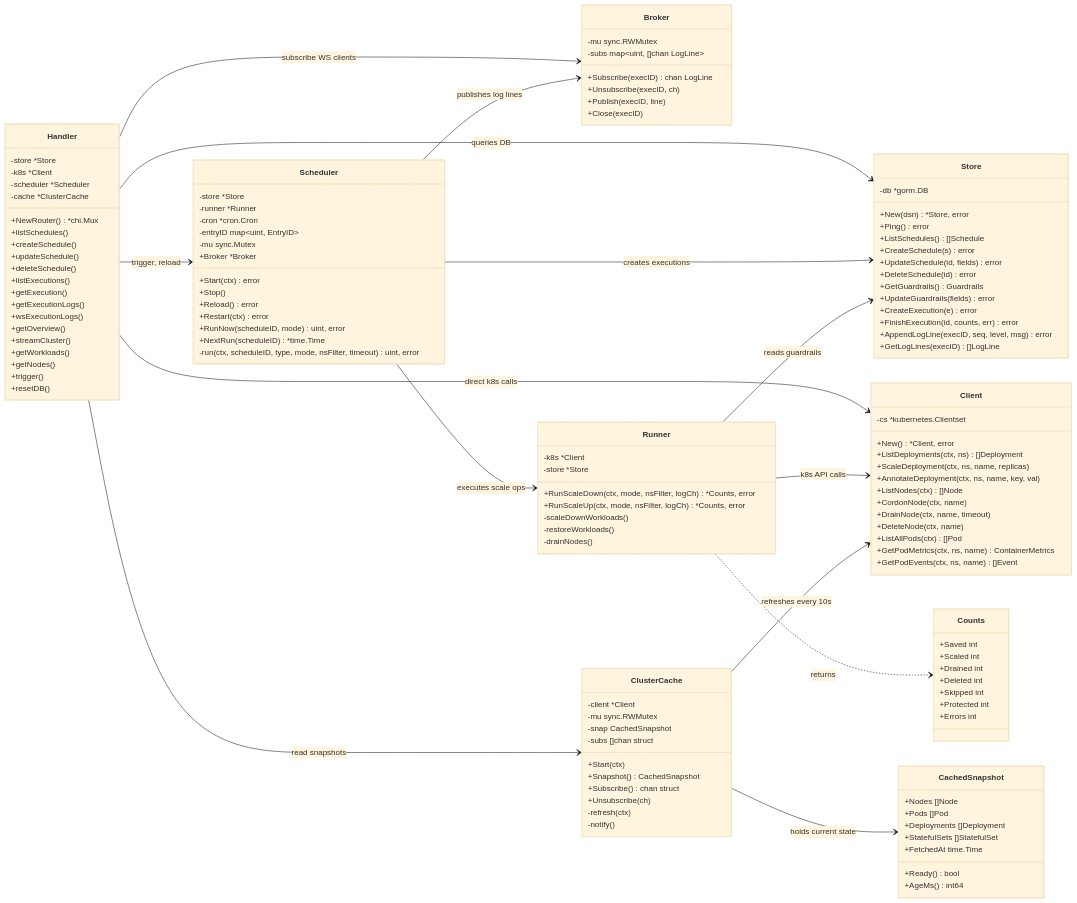
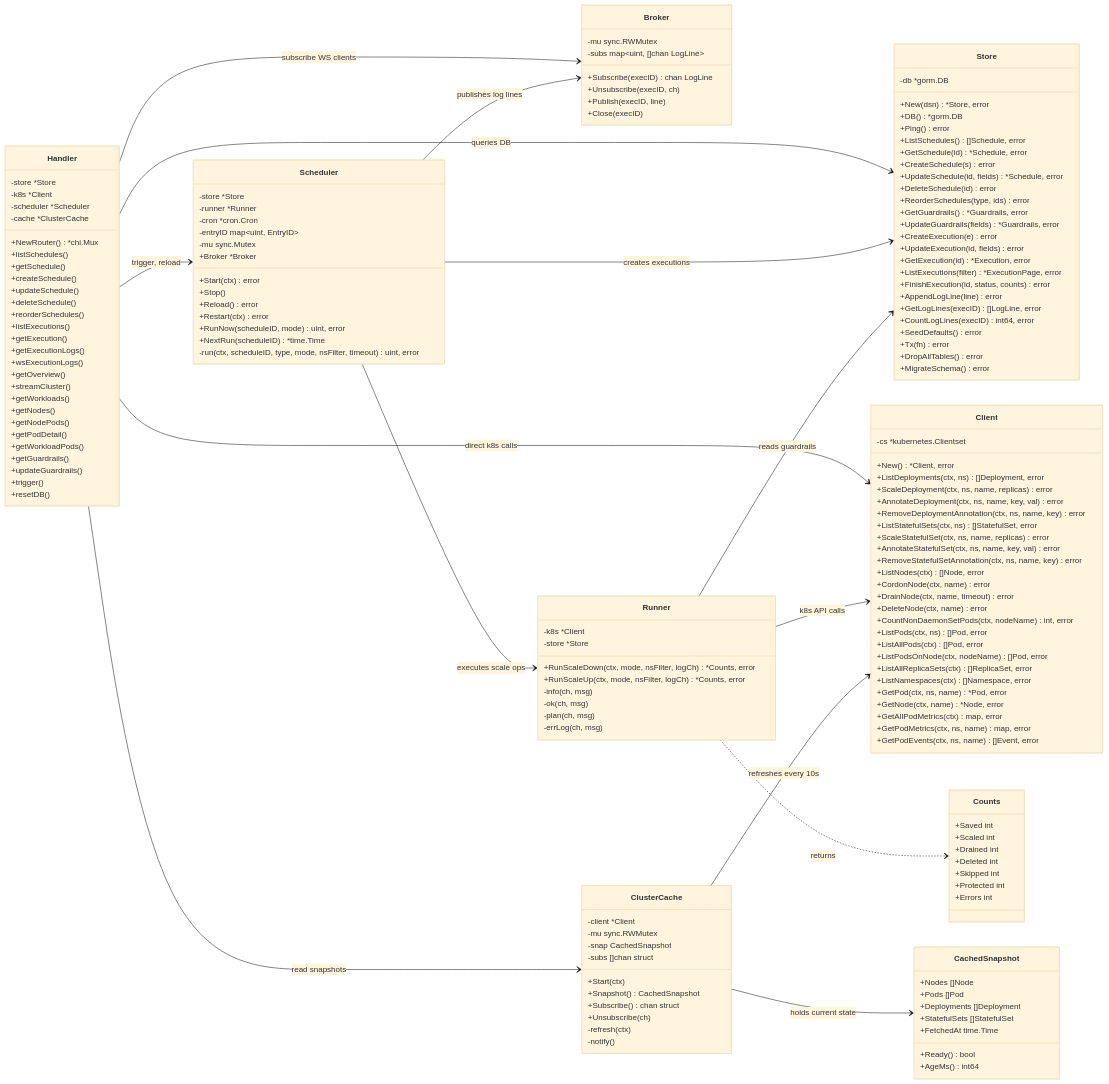
The second of 8 diagrams in ARCHITECTURE.md (MacXsimilian/kube-phoenix), drawn with Mermaid (base theme) before and after one commit. The commit also changed other lines of this file, not shown here.

Commit message:
docs: fix class diagram accuracy and restore correct buffer sizes
- Handler: add 6 missing methods (getSchedule, reorderSchedules,
  getGuardrails, updateGuardrails, getNodePods, getPodDetail,
  getWorkloadPods)
- Runner: replace fabricated private methods with actual helpers
  (info, ok, plan, errLog)
- Store: complete all 21 methods with correct signatures
- Client: add all 24 methods including StatefulSet parity,
  RemoveDeploymentAnnotation, pod/node getters, metrics
- Restore Broker.Subscribe buffer to 256 (was incorrectly changed
  to 512 — the 512 buffer is for scheduler.run logCh, not Broker)

```diff
--- a/ARCHITECTURE.md
+++ b/ARCHITECTURE.md
@@ -1071,9 +1071,11 @@
         -cache *ClusterCache
         +NewRouter() *chi.Mux
         +listSchedules()
+        +getSchedule()
         +createSchedule()
         +updateSchedule()
         +deleteSchedule()
+        +reorderSchedules()
         +listExecutions()
         +getExecution()
         +getExecutionLogs()
@@ -1082,6 +1084,11 @@
         +streamCluster()
         +getWorkloads()
         +getNodes()
+        +getNodePods()
+        +getPodDetail()
+        +getWorkloadPods()
+        +getGuardrails()
+        +updateGuardrails()
         +trigger()
         +resetDB()
     }
@@ -1116,40 +1123,65 @@
         -store *Store
         +RunScaleDown(ctx, mode, nsFilter, logCh) *Counts, error
         +RunScaleUp(ctx, mode, nsFilter, logCh) *Counts, error
-        -scaleDownWorkloads()
-        -restoreWorkloads()
-        -drainNodes()
+        -info(ch, msg)
+        -ok(ch, msg)
+        -plan(ch, msg)
+        -errLog(ch, msg)
     }
 
     class Store {
         -db *gorm.DB
         +New(dsn) *Store, error
+        +DB() *gorm.DB
         +Ping() error
-        +ListSchedules() []Schedule
+        +ListSchedules() []Schedule, error
+        +GetSchedule(id) *Schedule, error
         +CreateSchedule(s) error
-        +UpdateSchedule(id, fields) error
+        +UpdateSchedule(id, fields) *Schedule, error
         +DeleteSchedule(id) error
-        +GetGuardrails() Guardrails
-        +UpdateGuardrails(fields) error
+        +ReorderSchedules(type, ids) error
+        +GetGuardrails() *Guardrails, error
+        +UpdateGuardrails(fields) *Guardrails, error
         +CreateExecution(e) error
-        +FinishExecution(id, counts, err) error
-        +AppendLogLine(execID, seq, level, msg) error
-        +GetLogLines(execID) []LogLine
+        +UpdateExecution(id, fields) error
+        +GetExecution(id) *Execution, error
+        +ListExecutions(filter) *ExecutionPage, error
+        +FinishExecution(id, status, counts) error
+        +AppendLogLine(line) error
+        +GetLogLines(execID) []LogLine, error
+        +CountLogLines(execID) int64, error
+        +SeedDefaults() error
+        +Tx(fn) error
+        +DropAllTables() error
+        +MigrateSchema() error
     }
 
     class Client {
         -cs *kubernetes.Clientset
         +New() *Client, error
-        +ListDeployments(ctx, ns) []Deployment
-        +ScaleDeployment(ctx, ns, name, replicas)
-        +AnnotateDeployment(ctx, ns, name, key, val)
-        +ListNodes(ctx) []Node
-        +CordonNode(ctx, name)
-        +DrainNode(ctx, name, timeout)
-        +DeleteNode(ctx, name)
-        +ListAllPods(ctx) []Pod
-        +GetPodMetrics(ctx, ns, name) ContainerMetrics
-        +GetPodEvents(ctx, ns, name) []Event
+        +ListDeployments(ctx, ns) []Deployment, error
+        +ScaleDeployment(ctx, ns, name, replicas) error
+        +AnnotateDeployment(ctx, ns, name, key, val) error
+        +RemoveDeploymentAnnotation(ctx, ns, name, key) error
+        +ListStatefulSets(ctx, ns) []StatefulSet, error
+        +ScaleStatefulSet(ctx, ns, name, replicas) error
+        +AnnotateStatefulSet(ctx, ns, name, key, val) error
+        +RemoveStatefulSetAnnotation(ctx, ns, name, key) error
+        +ListNodes(ctx) []Node, error
+        +CordonNode(ctx, name) error
+        +DrainNode(ctx, name, timeout) error
+        +DeleteNode(ctx, name) error
+        +CountNonDaemonSetPods(ctx, nodeName) int, error
+        +ListPods(ctx, ns) []Pod, error
+        +ListAllPods(ctx) []Pod, error
+        +ListPodsOnNode(ctx, nodeName) []Pod, error
+        +ListAllReplicaSets(ctx) []ReplicaSet, error
+        +ListNamespaces(ctx) []Namespace, error
+        +GetPod(ctx, ns, name) *Pod, error
+        +GetNode(ctx, name) *Node, error
+        +GetAllPodMetrics(ctx) map, error
+        +GetPodMetrics(ctx, ns, name) map, error
+        +GetPodEvents(ctx, ns, name) []Event, error
     }
 
     class ClusterCache {
```
